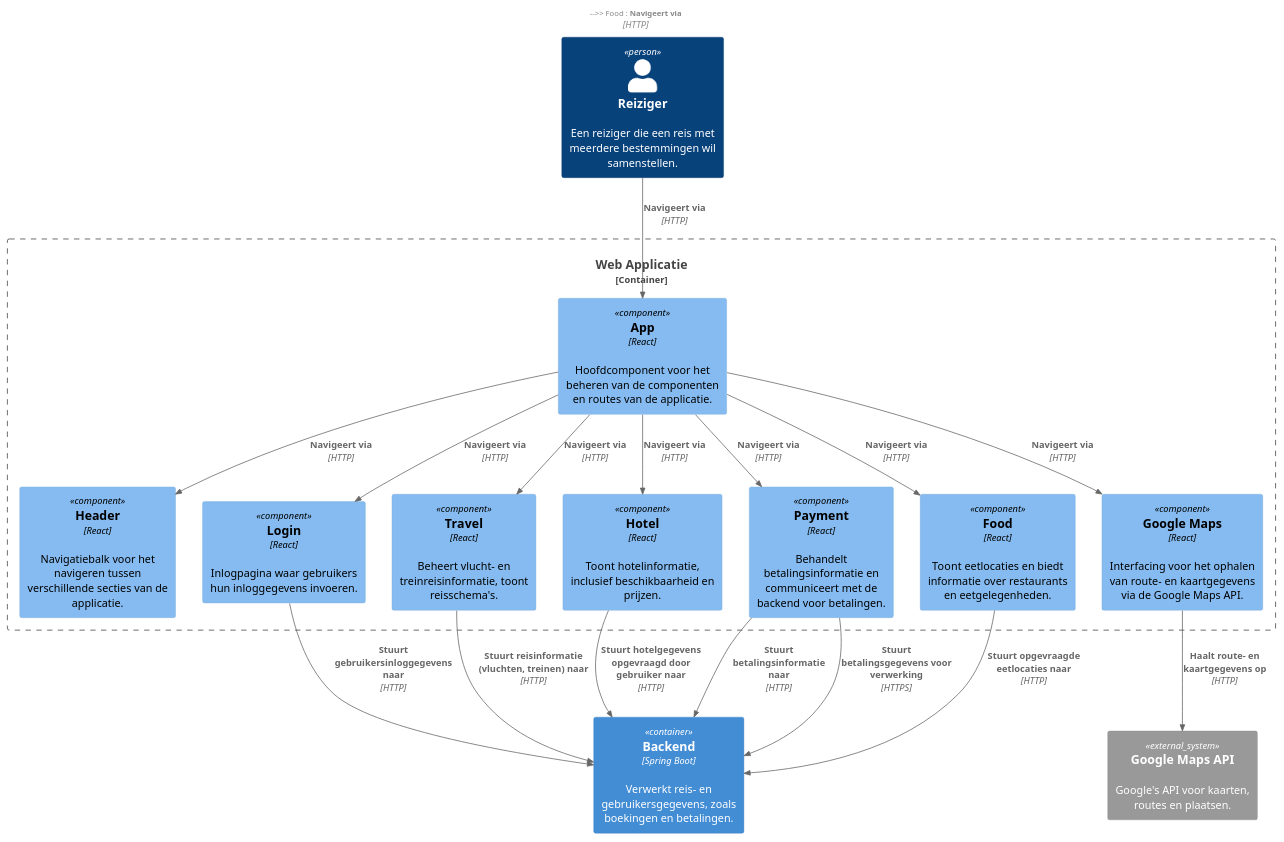
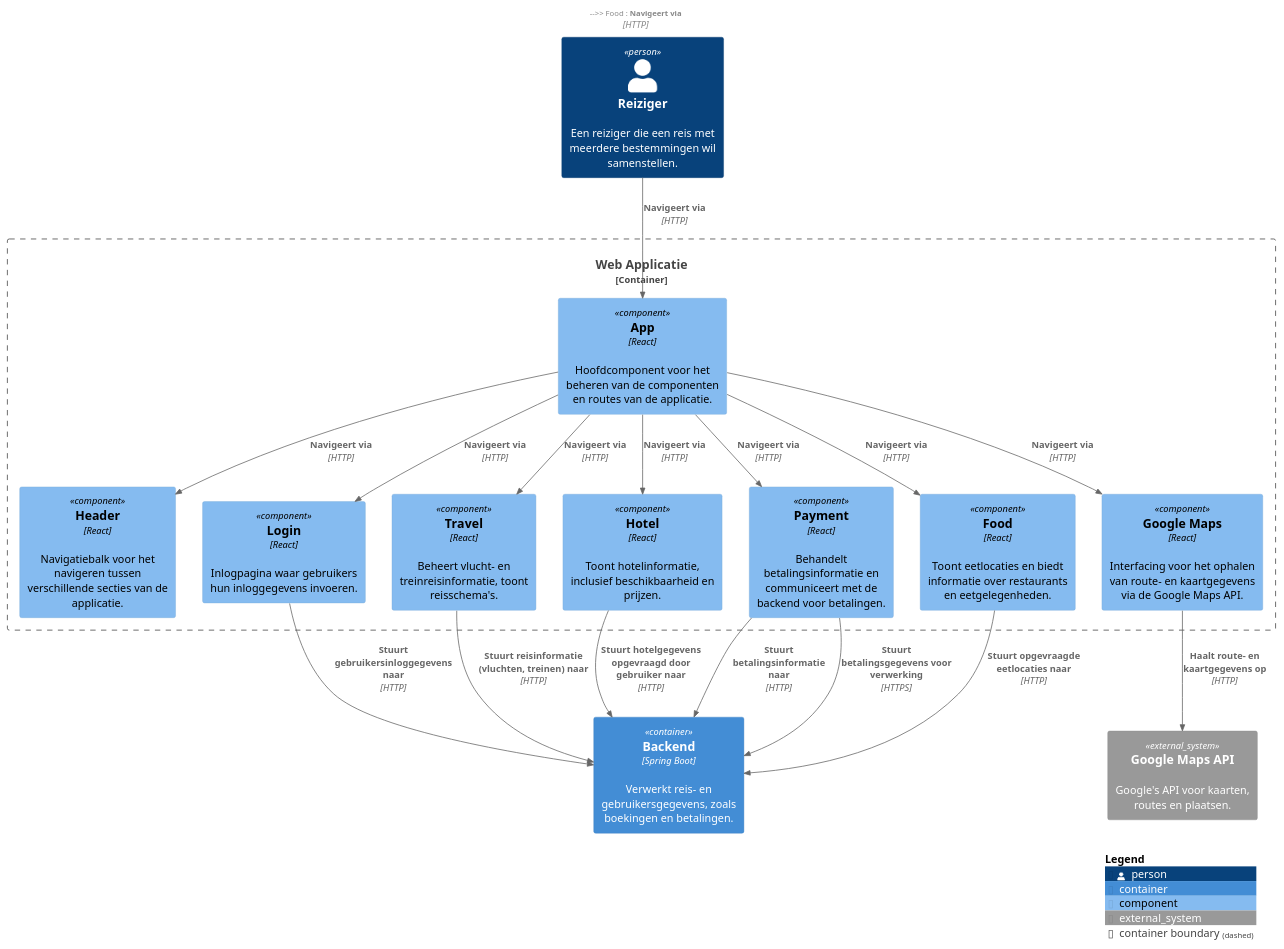
The diagram in componentDiagramFrontendTripTop.puml (AIM-ENE-feb25/triptop-groep-b2), drawn with PlantUML before and after one commit. The commit also changed 2 other files, not shown here.

Commit message:
Updated legend

```diff
--- a/componentDiagramFrontendTripTop.puml
+++ b/componentDiagramFrontendTripTop.puml
@@ -1,47 +1,48 @@
 @startuml
 !include https://raw.githubusercontent.com/plantuml-stdlib/C4-PlantUML/master/C4_Component.puml
 
 top to bottom direction
 
 Person(traveller, "Reiziger", "Een reiziger die een reis met meerdere bestemmingen wil samenstellen.")
 
 Container_Boundary(Web_App, "Web Applicatie") {
     Component(App, "App", "React", "Hoofdcomponent voor het beheren van de componenten en routes van de applicatie.")
     Component(Header, "Header", "React", "Navigatiebalk voor het navigeren tussen verschillende secties van de applicatie.")
     Component(Login, "Login", "React", "Inlogpagina waar gebruikers hun inloggegevens invoeren.")
     Component(GoogleMaps, "Google Maps", "React", "Interfacing voor het ophalen van route- en kaartgegevens via de Google Maps API.")
     Component(Travel, "Travel", "React", "Beheert vlucht- en treinreisinformatie, toont reisschema's.")
     Component(Hotel, "Hotel", "React", "Toont hotelinformatie, inclusief beschikbaarheid en prijzen.")
     Component(Payment, "Payment", "React", "Behandelt betalingsinformatie en communiceert met de backend voor betalingen.")
     Component(Food, "Food", "React", "Toont eetlocaties en biedt informatie over restaurants en eetgelegenheden.")
 }
 
 Container(Backend, "Backend", "Spring Boot", "Verwerkt reis- en gebruikersgegevens, zoals boekingen en betalingen.")
 
 System_Ext(GoogleMapsAPI, "Google Maps API", "Google's API voor kaarten, routes en plaatsen.", $link="https://developers.google.com/maps")
 
 Rel(traveller, App, "Navigeert via", "HTTP")
 Rel(App, Header, "Navigeert via", "HTTP")
 Rel(Header, Login, "Navigeert via", "HTTP")
 Rel(Header, GoogleMaps, "Navigeert via", "HTTP")
 Rel(Header, Travel, "Navigeert via", "HTTP")
 Rel(Header, Hotel, "Navigeert via", "HTTP")
 Rel(Header, Payment, "Navigeert via", "HTTP")
 Rel(Header, Food, "Navigeert via", "HTTP")
 Rel(App, Login, "Navigeert via", "HTTP")
 Rel(App, GoogleMaps, "Navigeert via", "HTTP")
 Rel(App, Travel, "Navigeert via", "HTTP")
 Rel(App, Hotel, "Navigeert via", "HTTP")
 Rel(App, Payment, "Navigeert via", "HTTP")
 Rel(App, Food, "Navigeert via", "HTTP")
 
 Rel(Login, Backend, "Stuurt gebruikersinloggegevens naar", "HTTP")
 Rel(Hotel, Backend, "Stuurt hotelgegevens opgevraagd door gebruiker naar", "HTTP")
 Rel(Payment, Backend, "Stuurt betalingsinformatie naar", "HTTP")
 Rel(Travel, Backend, "Stuurt reisinformatie (vluchten, treinen) naar", "HTTP")
 Rel(Food, Backend, "Stuurt opgevraagde eetlocaties naar", "HTTP")
 
 Rel(GoogleMaps, GoogleMapsAPI, "Haalt route- en kaartgegevens op", "HTTP")
 Rel(Payment, Backend, "Stuurt betalingsgegevens voor verwerking", "HTTPS")
 
+SHOW_LEGEND(TRUE)
 @enduml
```
